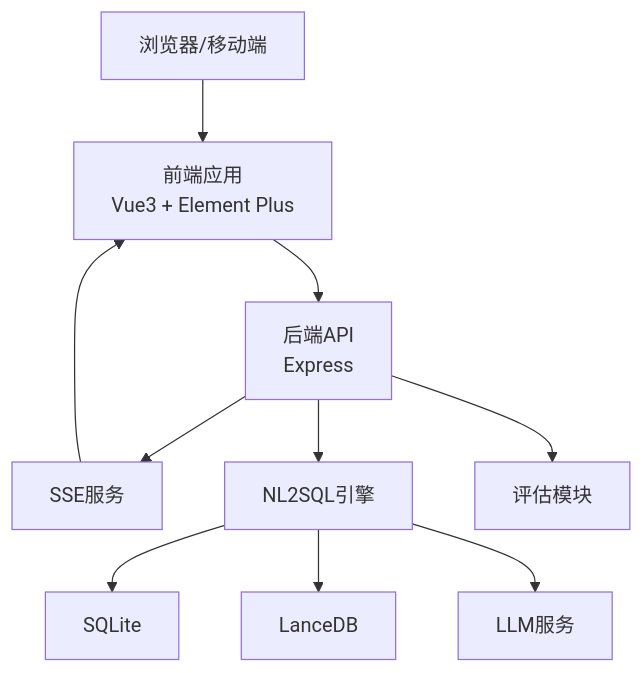
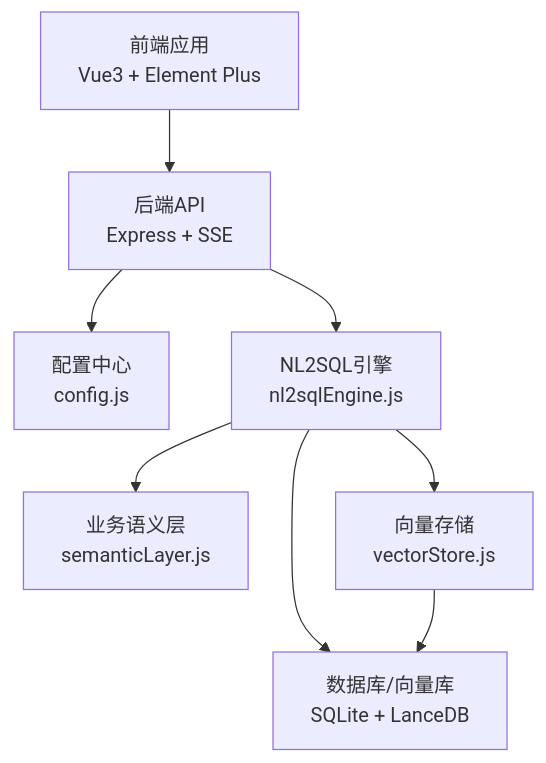
The second of 9 diagrams in NL2SQL/.qoder/repowiki/zh/content/项目概述.md (HanHuiOnLine/724-office), drawn with Mermaid before and after one commit. The commit also changed other lines of this file and 170 other files, not shown here.

````diff
--- a/NL2SQL/.qoder/repowiki/zh/content/项目概述.md
+++ b/NL2SQL/.qoder/repowiki/zh/content/项目概述.md
@@ -129,21 +115,17 @@
 ```mermaid
 graph TB
-Client["浏览器/移动端"]
 FE["前端应用<br/>Vue3 + Element Plus"]
-API["后端API<br/>Express"]
-SSE["SSE服务"]
-Engine["NL2SQL引擎"]
-DB["SQLite"]
-VDB["LanceDB"]
-LLM["LLM服务"]
-Eval["评估模块"]
-Client --> FE
+API["后端API<br/>Express + SSE"]
+CFG["配置中心<br/>config.js"]
+ENG["NL2SQL引擎<br/>nl2sqlEngine.js"]
+SEM["业务语义层<br/>semanticLayer.js"]
+VEC["向量存储<br/>vectorStore.js"]
+DB["数据库/向量库<br/>SQLite + LanceDB"]
 FE --> API
-API --> SSE
-API --> Engine
-Engine --> DB
-Engine --> VDB
-Engine --> LLM
-API --> Eval
-SSE --> FE
+API --> CFG
+API --> ENG
+ENG --> SEM
+ENG --> VEC
+ENG --> DB
+VEC --> DB
 ```
````
